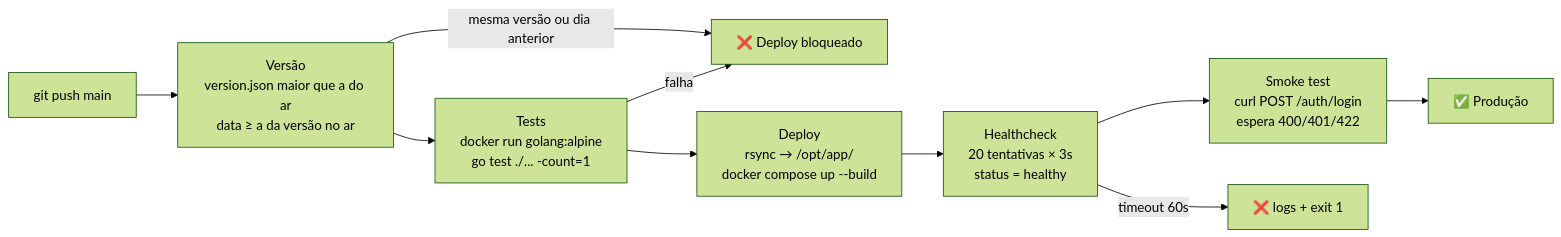
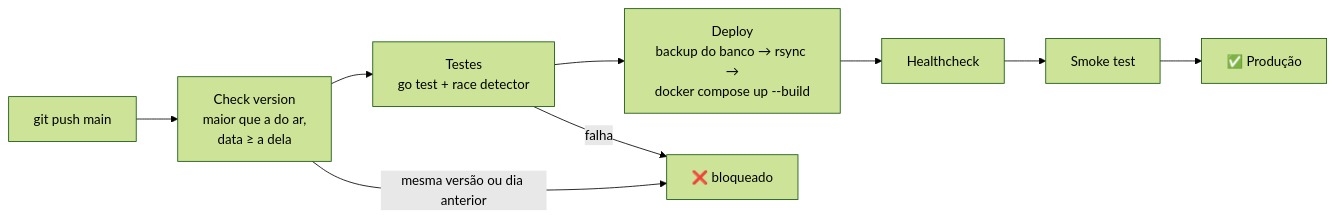
One commit to ZeroPirata/jubilant-fishstick changed the fourth of 4 diagrams in README.md. Above: the diagram before and after it, drawn with Mermaid (forest theme). The commit also changed other lines of this file and 3 other files, not shown here.

````diff
--- a/README.md
+++ b/README.md
@@ -544,12 +230,9 @@
 ```mermaid
 flowchart LR
-    Push["git push main"] --> Version
-    Version["Versão\nversion.json maior que a do ar\ndata ≥ a da versão no ar"] --> Test
-    Version -- "mesma versão ou dia anterior" --> Abort
-    Test["Tests\ndocker run golang:alpine\ngo test ./... -count=1"] --> Deploy
-    Deploy["Deploy\nrsync → /opt/app/\ndocker compose up --build"] --> Health
-    Health["Healthcheck\n20 tentativas × 3s\nstatus = healthy"] --> Smoke
-    Smoke["Smoke test\ncurl POST /auth/login\nespera 400/401/422"] --> Done["✅ Produção"]
-    Test -- "falha" --> Abort["❌ Deploy bloqueado"]
-    Health -- "timeout 60s" --> Rollback["❌ logs + exit 1"]
+    Push["git push main"] --> Version["Check version<br/>maior que a do ar,<br/>data ≥ a dela"]
+    Version --> Test["Testes<br/>go test + race detector"]
+    Test --> Deploy["Deploy<br/>backup do banco → rsync →<br/>docker compose up --build"]
+    Deploy --> Health["Healthcheck"] --> Smoke["Smoke test"] --> Done["✅ Produção"]
+    Version -- "mesma versão ou dia anterior" --> Abort["❌ bloqueado"]
+    Test -- "falha" --> Abort
 ```
````
